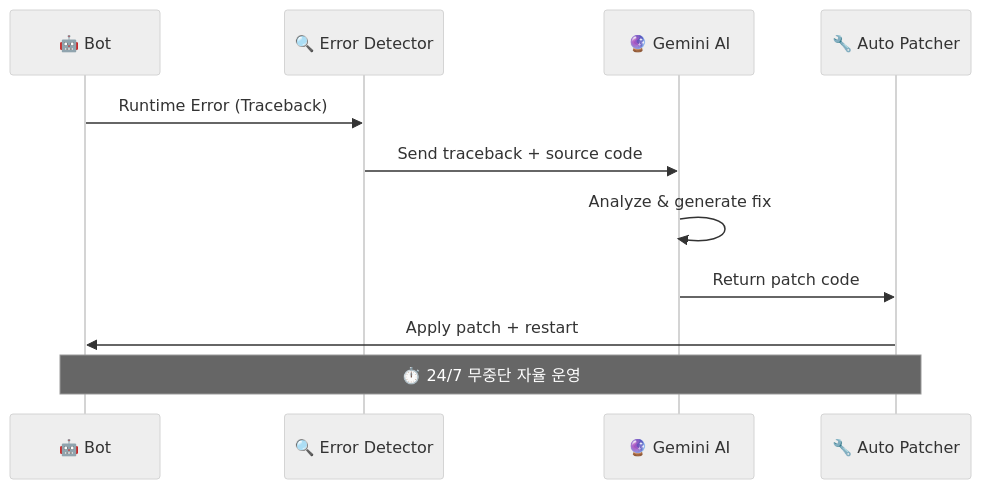
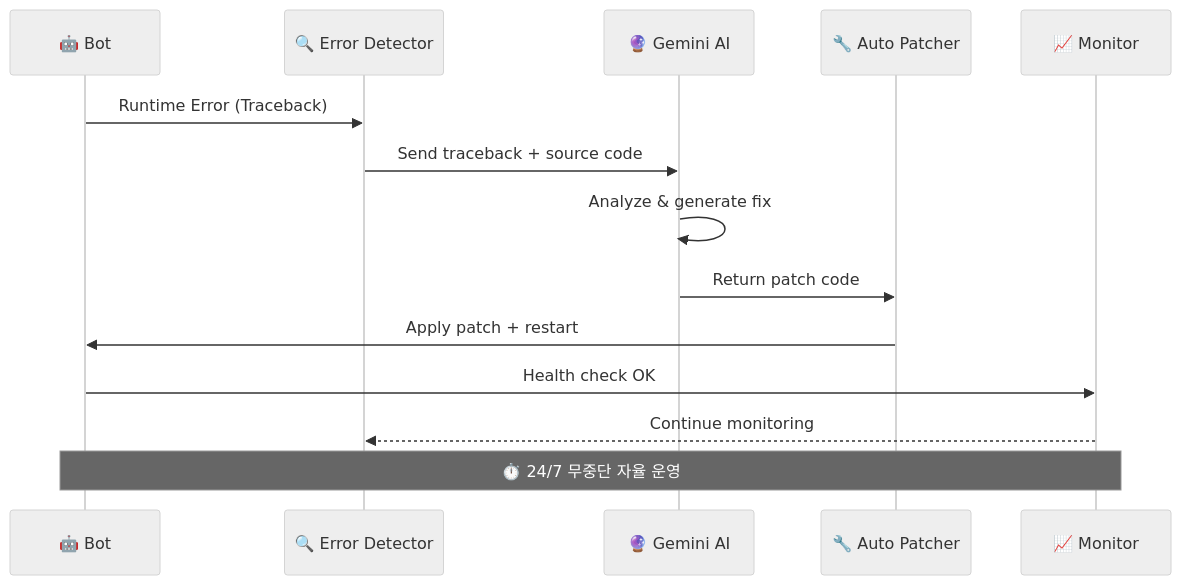
The fourth of 29 diagrams in README.md (sun475300-sudo/Swarm-control-in-sc2bot), drawn with Mermaid (neutral theme) before and after one commit. The commit also changed other lines of this file and 9 other files, not shown here.

````diff
--- a/README.md
+++ b/README.md
@@ -158,14 +171,17 @@
 ```mermaid
 sequenceDiagram
     participant Bot as 🤖 Bot
     participant Detect as 🔍 Error Detector
     participant Gemini as 🔮 Gemini AI
     participant Patch as 🔧 Auto Patcher
+    participant Monitor as 📈 Monitor
 
     Bot->>Detect: Runtime Error (Traceback)
     Detect->>Gemini: Send traceback + source code
     Gemini->>Gemini: Analyze & generate fix
     Gemini->>Patch: Return patch code
     Patch->>Bot: Apply patch + restart
-    Note over Bot,Patch: ⏱️ 24/7 무중단 자율 운영
+    Bot->>Monitor: Health check OK
+    Monitor-->>Detect: Continue monitoring
+    Note over Bot,Monitor: ⏱️ 24/7 무중단 자율 운영
 ```
````
